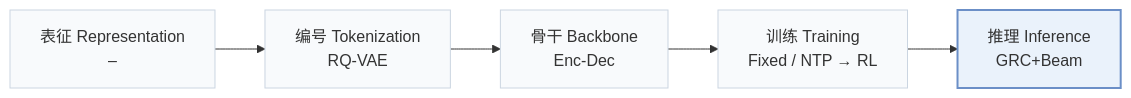
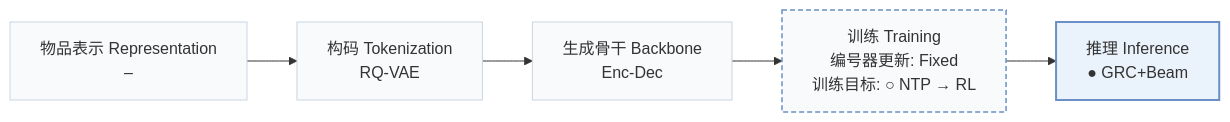
The first of 2 diagrams in pages/zh/papers/grc.md (Galaxy-ghost/Awesome-SID-Generative-Rec), drawn with Mermaid before and after one commit. The commit also changed other lines of this file and 558 other files, not shown here.

````diff
--- a/pages/zh/papers/grc.md
+++ b/pages/zh/papers/grc.md
@@ -15,8 +18,10 @@
 ```mermaid
 flowchart LR
-    R["表征 Representation<br/>–"] --> T["编号 Tokenization<br/>RQ-VAE"] --> B["骨干 Backbone<br/>Enc-Dec"] --> TR["训练 Training<br/>Fixed / NTP → RL"] --> I["推理 Inference<br/>GRC+Beam"]
+    R["物品表示 Representation<br/>–"] --> T["构码 Tokenization<br/>RQ-VAE"] --> B["生成骨干 Backbone<br/>Enc-Dec"] --> TR["训练 Training<br/>编号器更新: Fixed<br/>训练目标: ○ NTP → RL"] --> I["推理 Inference<br/>● GRC+Beam"]
     classDef base fill:#f8fafc,stroke:#cbd5e1
     class R,T,B,TR,I base
+    classDef other fill:#f8fafc,stroke:#6b8fc7,stroke-width:1.5px,stroke-dasharray:5 3
+    class TR other
     classDef main fill:#eaf2fb,stroke:#6b8fc7,stroke-width:2px
     class I main
 ```
````
